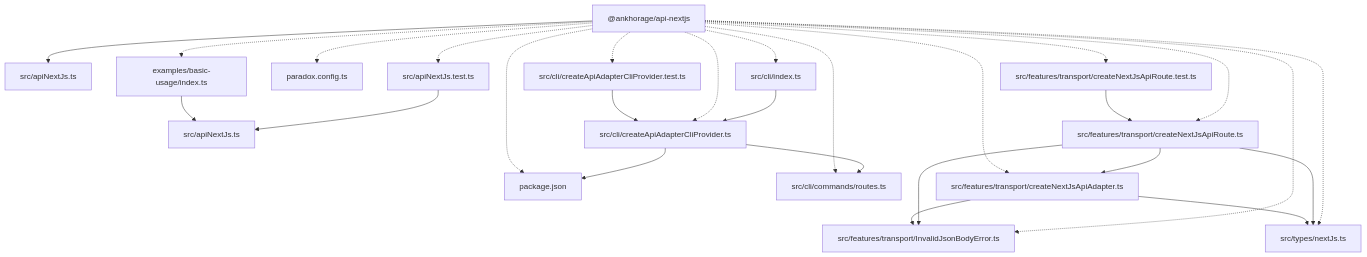
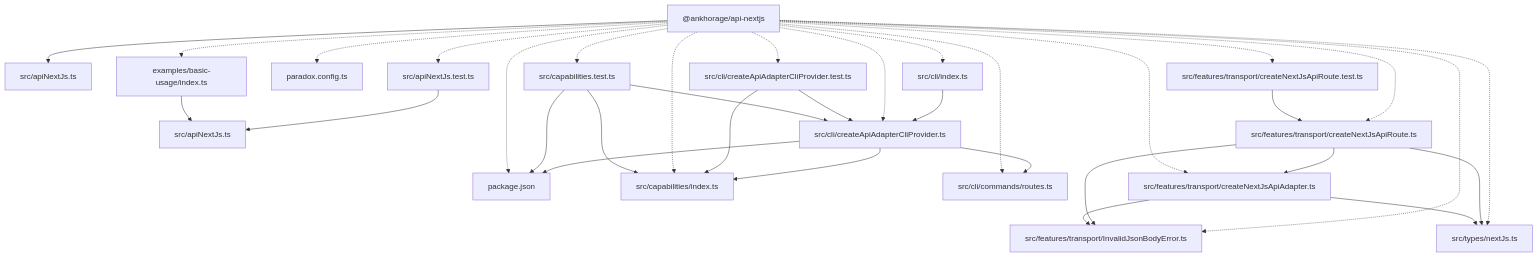
Before and after one commit to ankhorage/api-nextjs: the diagram in paradox/diagrams/architecture-overview.mmd, drawn with Mermaid. The commit also changed 9 other files, not shown here.

```diff
--- a/paradox/diagrams/architecture-overview.mmd
+++ b/paradox/diagrams/architecture-overview.mmd
@@ -1,43 +1,52 @@
 graph TD
   package__ankhorage_api_nextjs["@ankhorage/api-nextjs"]
   entrypoint_src_apiNextJs_ts["src/apiNextJs.ts"]
   package__ankhorage_api_nextjs --> entrypoint_src_apiNextJs_ts
   module_examples_basic_usage_index_ts["examples/basic-usage/index.ts"]
   package__ankhorage_api_nextjs -.-> module_examples_basic_usage_index_ts
   module_examples_basic_usage_index_ts --> module_src_apiNextJs_ts
   module_package_json["package.json"]
   package__ankhorage_api_nextjs -.-> module_package_json
   module_paradox_config_ts["paradox.config.ts"]
   package__ankhorage_api_nextjs -.-> module_paradox_config_ts
   module_src_apiNextJs_test_ts["src/apiNextJs.test.ts"]
   package__ankhorage_api_nextjs -.-> module_src_apiNextJs_test_ts
   module_src_apiNextJs_test_ts --> module_src_apiNextJs_ts
   module_src_apiNextJs_ts["src/apiNextJs.ts"]
+  module_src_capabilities_test_ts["src/capabilities.test.ts"]
+  package__ankhorage_api_nextjs -.-> module_src_capabilities_test_ts
+  module_src_capabilities_test_ts --> module_package_json
+  module_src_capabilities_test_ts --> module_src_capabilities_index_ts
+  module_src_capabilities_test_ts --> module_src_cli_createApiAdapterCliProvider_ts
+  module_src_capabilities_index_ts["src/capabilities/index.ts"]
+  package__ankhorage_api_nextjs -.-> module_src_capabilities_index_ts
   module_src_cli_commands_routes_ts["src/cli/commands/routes.ts"]
   package__ankhorage_api_nextjs -.-> module_src_cli_commands_routes_ts
   module_src_cli_createApiAdapterCliProvider_test_ts["src/cli/createApiAdapterCliProvider.test.ts"]
   package__ankhorage_api_nextjs -.-> module_src_cli_createApiAdapterCliProvider_test_ts
+  module_src_cli_createApiAdapterCliProvider_test_ts --> module_src_capabilities_index_ts
   module_src_cli_createApiAdapterCliProvider_test_ts --> module_src_cli_createApiAdapterCliProvider_ts
   module_src_cli_createApiAdapterCliProvider_ts["src/cli/createApiAdapterCliProvider.ts"]
   package__ankhorage_api_nextjs -.-> module_src_cli_createApiAdapterCliProvider_ts
   module_src_cli_createApiAdapterCliProvider_ts --> module_package_json
+  module_src_cli_createApiAdapterCliProvider_ts --> module_src_capabilities_index_ts
   module_src_cli_createApiAdapterCliProvider_ts --> module_src_cli_commands_routes_ts
   module_src_cli_index_ts["src/cli/index.ts"]
   package__ankhorage_api_nextjs -.-> module_src_cli_index_ts
   module_src_cli_index_ts --> module_src_cli_createApiAdapterCliProvider_ts
   module_src_features_transport_createNextJsApiAdapter_ts["src/features/transport/createNextJsApiAdapter.ts"]
   package__ankhorage_api_nextjs -.-> module_src_features_transport_createNextJsApiAdapter_ts
   module_src_features_transport_createNextJsApiAdapter_ts --> module_src_features_transport_InvalidJsonBodyError_ts
   module_src_features_transport_createNextJsApiAdapter_ts --> module_src_types_nextJs_ts
   module_src_features_transport_createNextJsApiRoute_test_ts["src/features/transport/createNextJsApiRoute.test.ts"]
   package__ankhorage_api_nextjs -.-> module_src_features_transport_createNextJsApiRoute_test_ts
   module_src_features_transport_createNextJsApiRoute_test_ts --> module_src_features_transport_createNextJsApiRoute_ts
   module_src_features_transport_createNextJsApiRoute_ts["src/features/transport/createNextJsApiRoute.ts"]
   package__ankhorage_api_nextjs -.-> module_src_features_transport_createNextJsApiRoute_ts
   module_src_features_transport_createNextJsApiRoute_ts --> module_src_features_transport_createNextJsApiAdapter_ts
   module_src_features_transport_createNextJsApiRoute_ts --> module_src_features_transport_InvalidJsonBodyError_ts
   module_src_features_transport_createNextJsApiRoute_ts --> module_src_types_nextJs_ts
   module_src_features_transport_InvalidJsonBodyError_ts["src/features/transport/InvalidJsonBodyError.ts"]
   package__ankhorage_api_nextjs -.-> module_src_features_transport_InvalidJsonBodyError_ts
   module_src_types_nextJs_ts["src/types/nextJs.ts"]
   package__ankhorage_api_nextjs -.-> module_src_types_nextJs_ts
```
